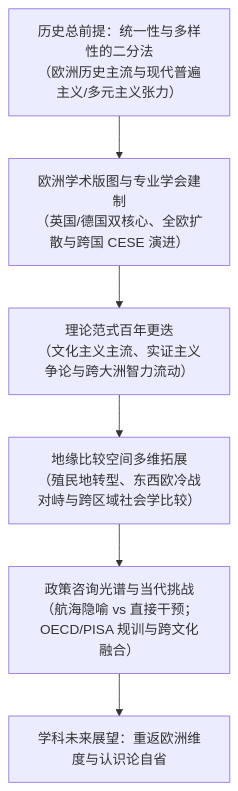
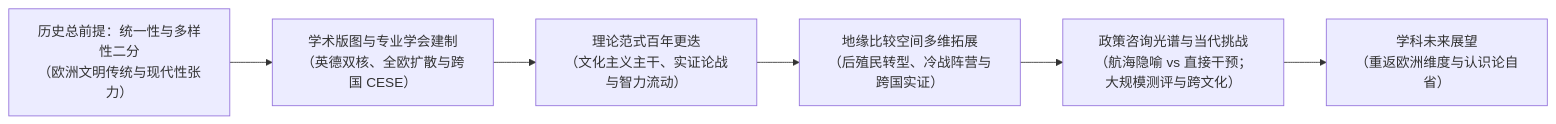
Before and after one commit to likemie/vault-notes: the diagram in wiki/arguments/books/Cowen(Ed.)_2009_Springer/Argument_Mitter_2009_Europe.md, drawn with Mermaid. The commit also changed other lines of this file, not shown here.

````diff
--- a/wiki/arguments/books/Cowen(Ed.)_2009_Springer/Argument_Mitter_2009_Europe.md
+++ b/wiki/arguments/books/Cowen(Ed.)_2009_Springer/Argument_Mitter_2009_Europe.md
@@ -170,8 +173,8 @@
 ```mermaid
-flowchart TD
-    A["历史总前提：统一性与多样性的二分法<br>（欧洲历史主流与现代普遍主义/多元主义张力）"] --> B["欧洲学术版图与专业学会建制<br>（英国/德国双核心、全欧扩散与跨国 CESE 演进）"]
-    B --> C["理论范式百年更迭<br>（文化主义主流、实证主义争论与跨大洲智力流动）"]
-    C --> D["地缘比较空间多维拓展<br>（殖民地转型、东西欧冷战对峙与跨区域社会学比较）"]
-    D --> E["政策咨询光谱与当代挑战<br>（航海隐喻 vs 直接干预；OECD/PISA 规训与跨文化融合）"]
-    E --> F["学科未来展望：重返欧洲维度与认识论自省"]
+flowchart LR
+    A["历史总前提：统一性与多样性二分<br>（欧洲文明传统与现代性张力）"] --> B["学术版图与专业学会建制<br>（英德双核、全欧扩散与跨国 CESE）"]
+    B --> C["理论范式百年更迭<br>（文化主义主干、实证论战与智力流动）"]
+    C --> D["地缘比较空间多维拓展<br>（后殖民转型、冷战阵营与跨国实证）"]
+    D --> E["政策咨询光谱与当代挑战<br>（航海隐喻 vs 直接干预；大规模测评与跨文化）"]
+    E --> F["学科未来展望<br>（重返欧洲维度与认识论自省）"]
 ```
````
